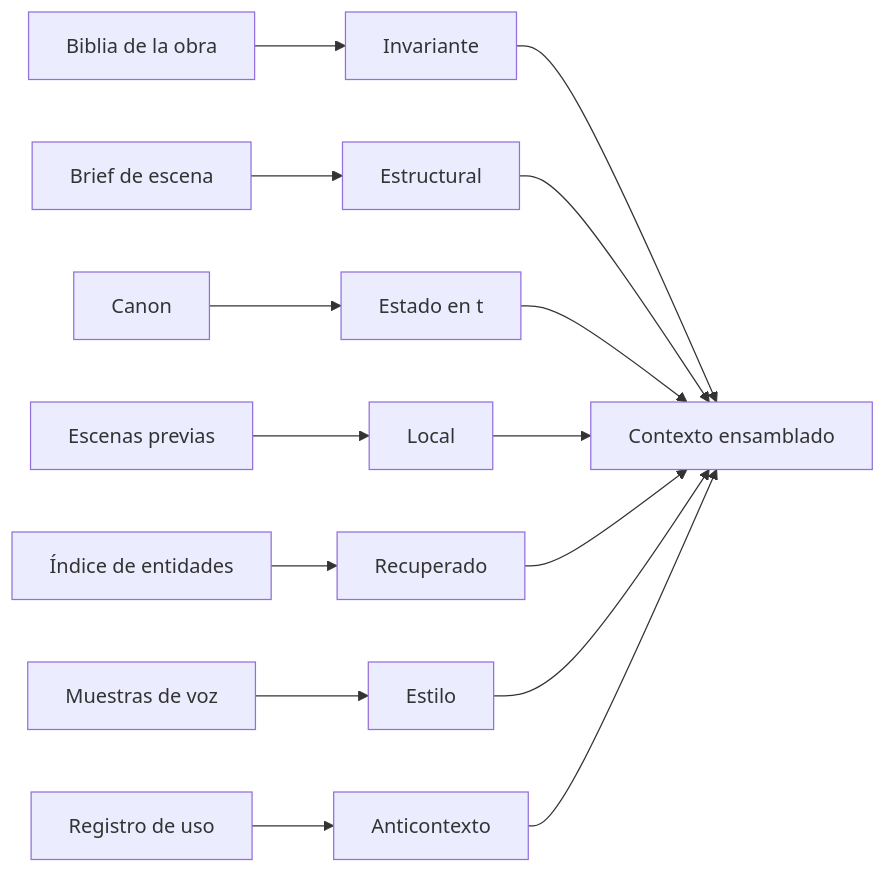
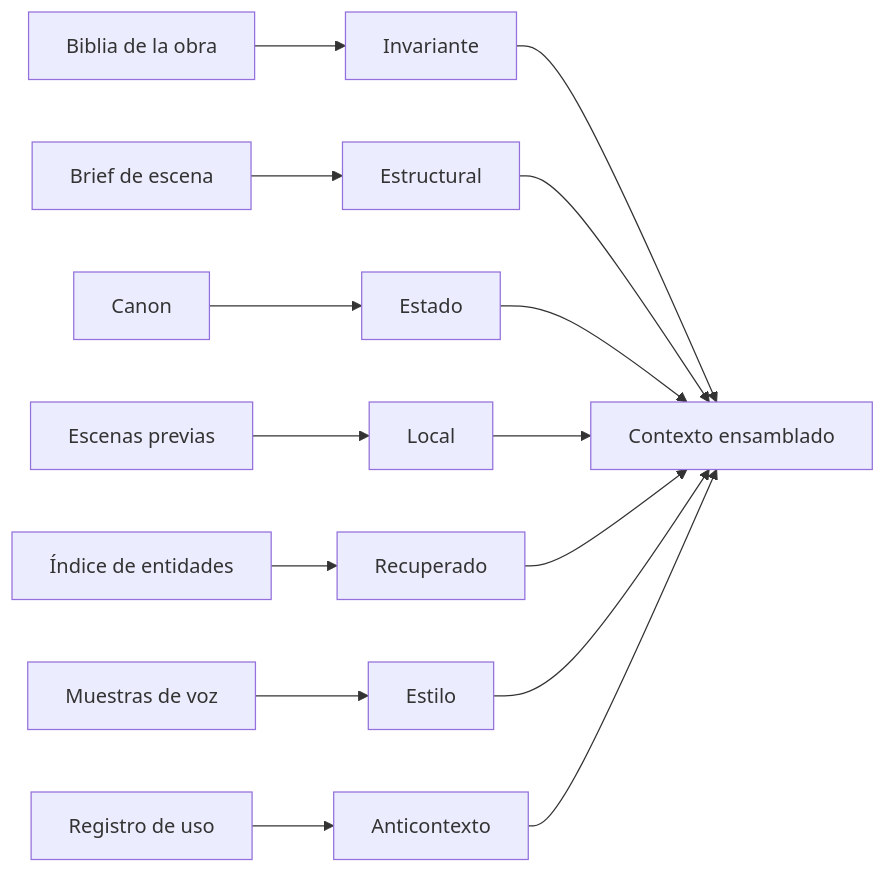
One commit to BrunoCrz3/MyStory changed diagram 14 of 20 in docs/domain-knowledge.md. Above: the diagram before and after it, drawn with Mermaid. The commit also changed other lines of this file and 1 other file, not shown here.

````diff
--- a/docs/domain-knowledge.md
+++ b/docs/domain-knowledge.md
@@ -240,17 +243,17 @@
 ```mermaid
 flowchart LR
   BIB[Biblia de la obra] --> INV[Invariante]
   BRF[Brief de escena] --> EST[Estructural]
-  CAN[Canon] --> SNP[Estado en t]
+  CAN[Canon] --> SNP[Estado]
   TXT[Escenas previas] --> LOC[Local]
   IDX[Índice de entidades] --> REC[Recuperado]
   VOZ[Muestras de voz] --> STY[Estilo]
   USO[Registro de uso] --> ANT[Anticontexto]
   INV --> CTX[Contexto ensamblado]
   EST --> CTX
   SNP --> CTX
   LOC --> CTX
   REC --> CTX
   STY --> CTX
   ANT --> CTX
 ```
````
